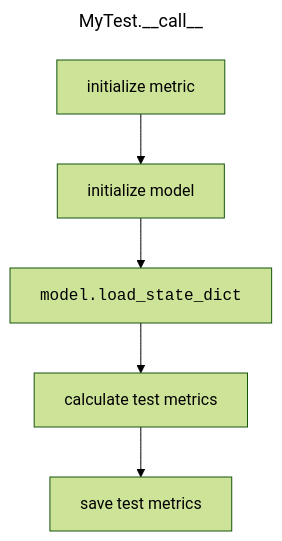
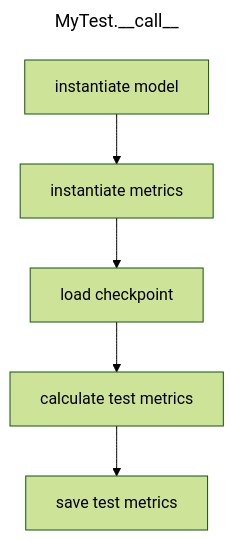
Before and after one commit to ljw20180420/common_ai: the second of 2 diagrams in README.md, drawn with Mermaid (forest theme). The commit also changed other lines of this file and 2 other files, not shown here.

Commit message:
Update README.md. Unify order in MyTrain and MyTest.

````diff
--- a/README.md
+++ b/README.md
@@ -56,7 +56,7 @@
 ```mermaid
 ---
 title: MyTest.__call__
 ---
 flowchart TD
-    A[initialize metric] --> B[initialize model] --> E[<code>model.load_state_dict</code>] --> F[calculate test metrics] --> G[save test metrics]
+    INSTMODEL[instantiate model] --> INSTMETRIC[instantiate metrics] --> LOADCHECK[load checkpoint] --> F[calculate test metrics] --> G[save test metrics]
 ```
````
